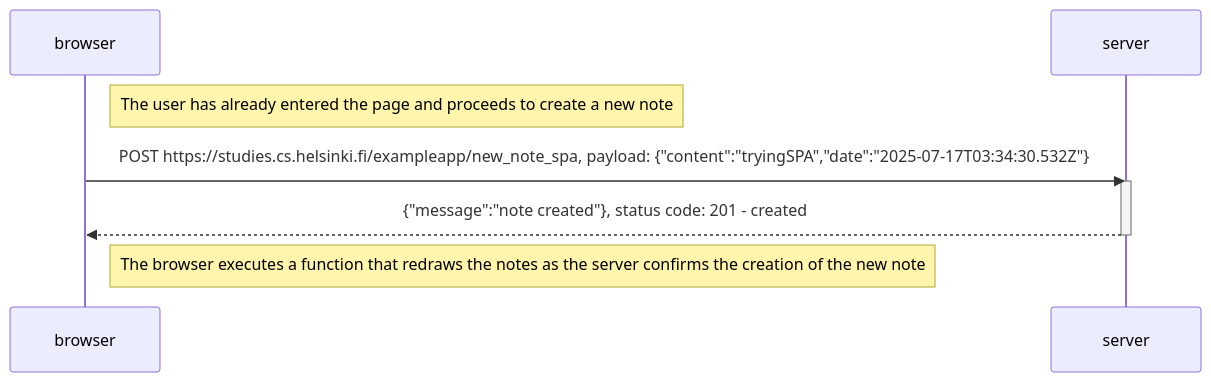
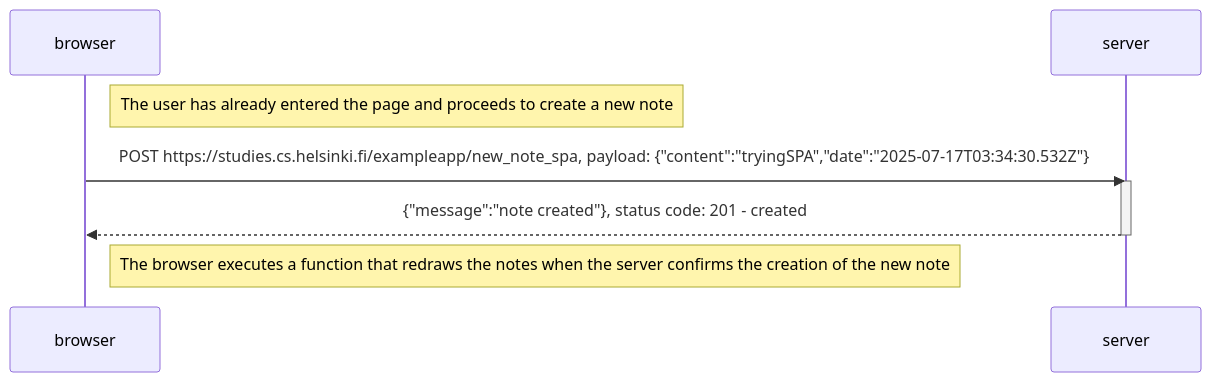
One commit to Franco7706/FullStackOpenExercises changed the diagram in part0/NewNoteInSingle-pageApplicationDiagram.mmd. Above: the diagram before and after it, drawn with Mermaid.

Commit message:
Maybe a wording mistake cleared

```diff
--- a/part0/NewNoteInSingle-pageApplicationDiagram.mmd
+++ b/part0/NewNoteInSingle-pageApplicationDiagram.mmd
@@ -1,12 +1,12 @@
 sequenceDiagram
     participant browser
     participant server
 
     Note right of browser: The user has already entered the page and proceeds to create a new note
 
     browser->>server: POST https://studies.cs.helsinki.fi/exampleapp/new_note_spa, payload: {"content":"tryingSPA","date":"2025-07-17T03:34:30.532Z"}
     activate server
     server-->>browser: {"message":"note created"}, status code: 201 - created
     deactivate server
 
-    Note right of browser: The browser executes a function that redraws the notes as the server confirms the creation of the new note
+    Note right of browser: The browser executes a function that redraws the notes when the server confirms the creation of the new note
```
